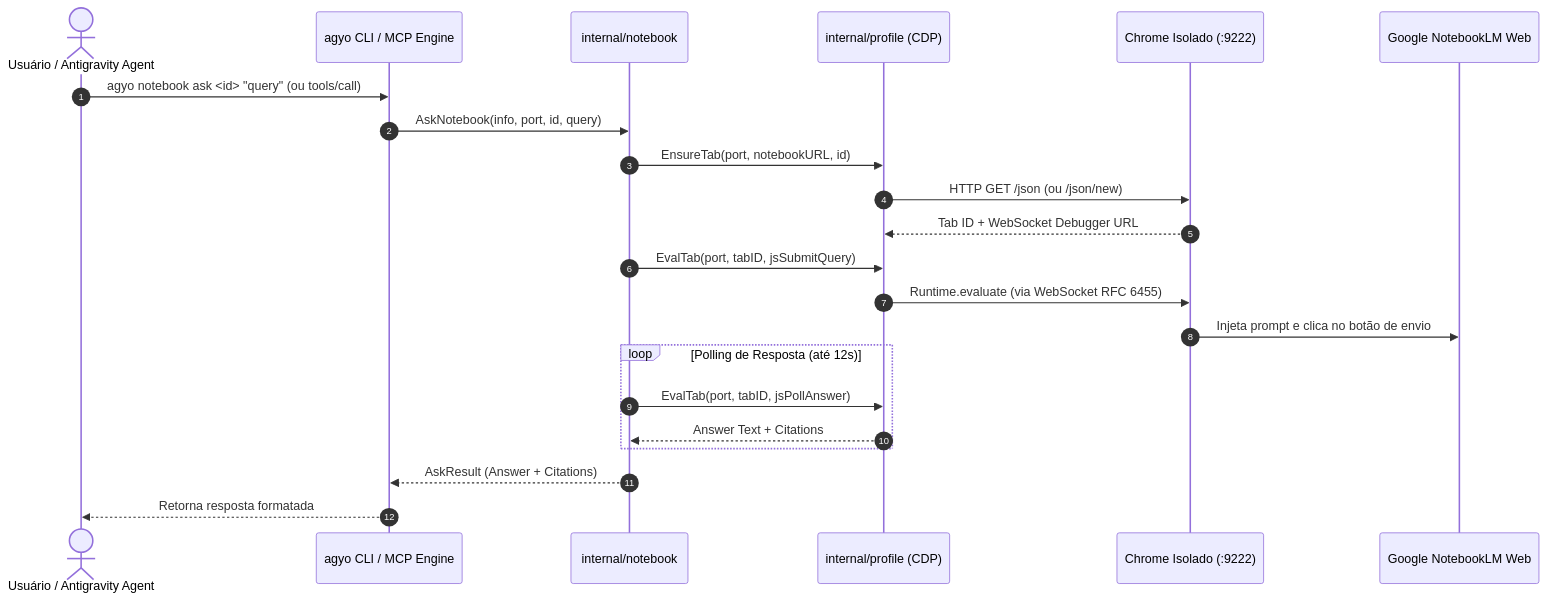
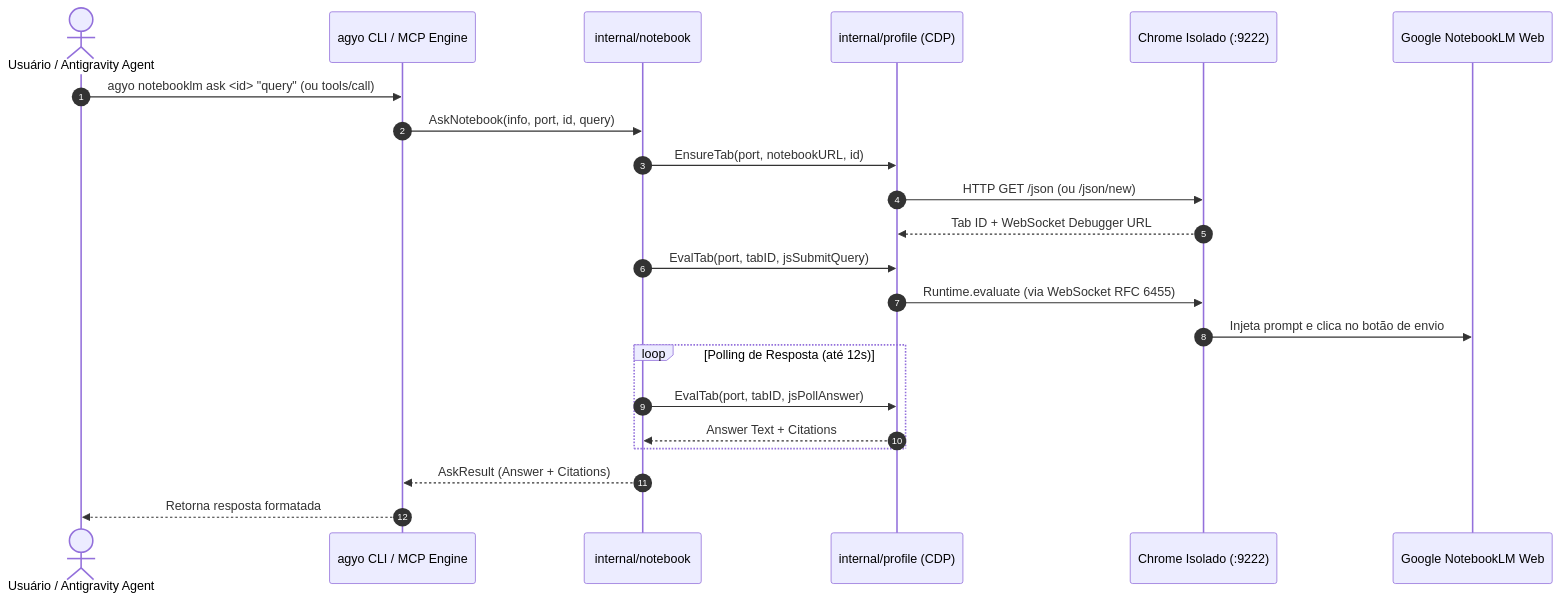
The diagram in docs/spec/08-NOTEBOOKLM-E-MCP-SERVER.md (tiagovilasboas/antigravity-operator), drawn with Mermaid before and after one commit. The commit also changed other lines of this file and 7 other files, not shown here.

Commit message:
feat(cli): standardize command to agyo notebooklm with aliases

````diff
--- a/docs/spec/08-NOTEBOOKLM-E-MCP-SERVER.md
+++ b/docs/spec/08-NOTEBOOKLM-E-MCP-SERVER.md
@@ -18,25 +18,25 @@
 ```mermaid
 sequenceDiagram
     autonumber
     actor Dev as Usuário / Antigravity Agent
     participant CLI as agyo CLI / MCP Engine
     participant Svc as internal/notebook
     participant CDP as internal/profile (CDP)
     participant Chrome as Chrome Isolado (:9222)
     participant NLM as Google NotebookLM Web
 
-    Dev->>CLI: agyo notebook ask <id> "query" (ou tools/call)
+    Dev->>CLI: agyo notebooklm ask <id> "query" (ou tools/call)
     CLI->>Svc: AskNotebook(info, port, id, query)
     Svc->>CDP: EnsureTab(port, notebookURL, id)
     CDP->>Chrome: HTTP GET /json (ou /json/new)
     Chrome-->>CDP: Tab ID + WebSocket Debugger URL
     Svc->>CDP: EvalTab(port, tabID, jsSubmitQuery)
     CDP->>Chrome: Runtime.evaluate (via WebSocket RFC 6455)
     Chrome->>NLM: Injeta prompt e clica no botão de envio
     loop Polling de Resposta (até 12s)
         Svc->>CDP: EvalTab(port, tabID, jsPollAnswer)
         CDP-->>Svc: Answer Text + Citations
     end
     Svc-->>CLI: AskResult (Answer + Citations)
     CLI-->>Dev: Retorna resposta formatada
 ```
````
